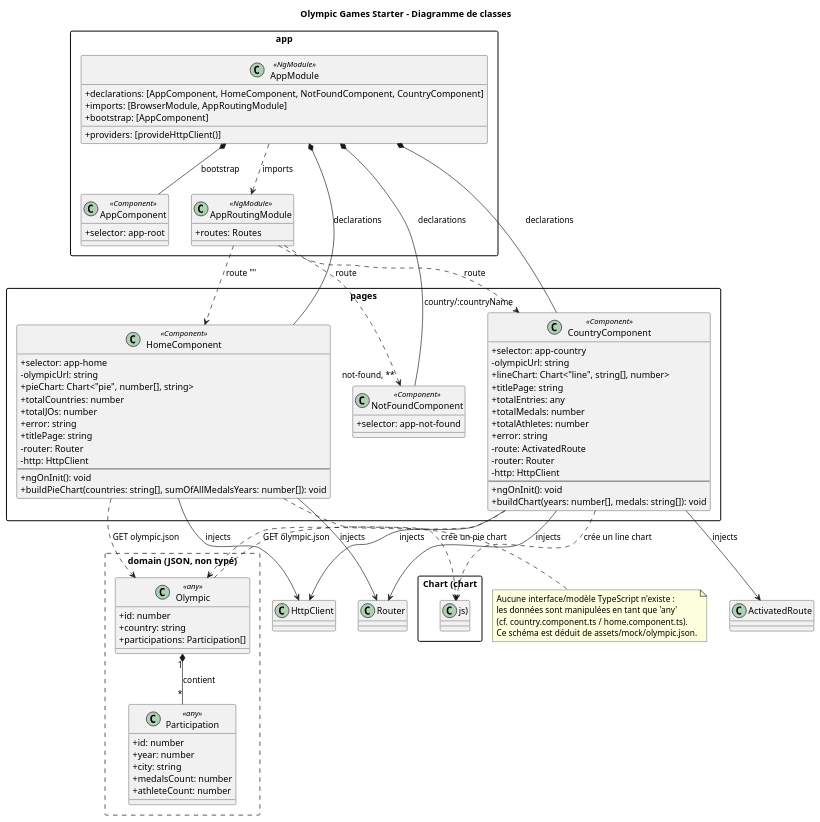
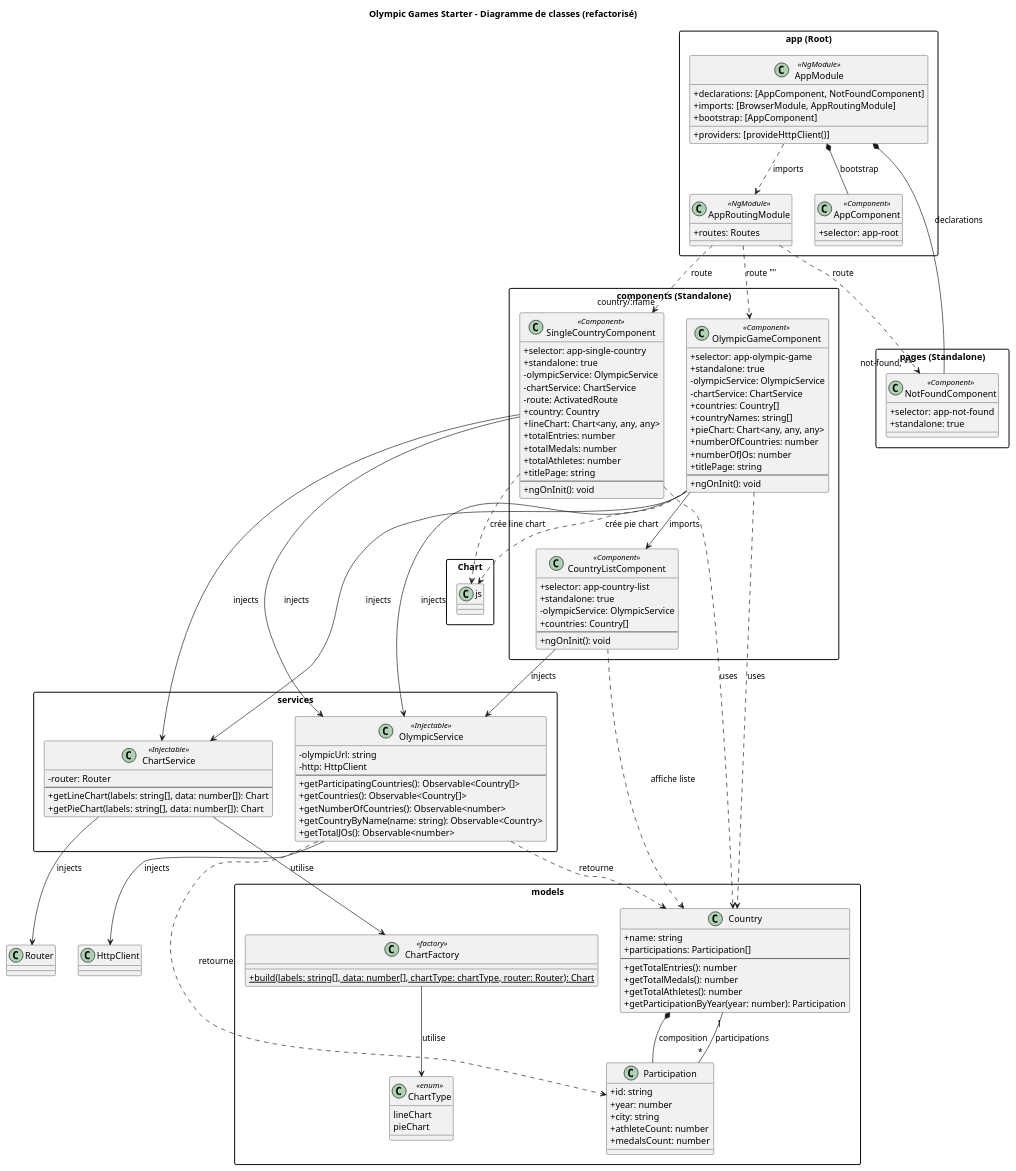
The diagram in docs/diagrams/class-diagram.puml (laurentmariko-hub/openclassroom-projet-2), drawn with PlantUML before and after one commit. The commit also changed 13 other files, not shown here.

```diff
--- a/docs/diagrams/class-diagram.puml
+++ b/docs/diagrams/class-diagram.puml
@@ -1,108 +1,155 @@
 @startuml class-diagram
-title Olympic Games Starter - Diagramme de classes
+title Olympic Games Starter - Diagramme de classes (refactorisé)
 
 skinparam classAttributeIconSize 0
 skinparam packageStyle rectangle
 
-package "app" {
+package "app (Root)" {
   class AppModule <<NgModule>> {
-    +declarations: [AppComponent, HomeComponent, NotFoundComponent, CountryComponent]
+    +declarations: [AppComponent, NotFoundComponent]
     +imports: [BrowserModule, AppRoutingModule]
     +providers: [provideHttpClient()]
     +bootstrap: [AppComponent]
   }
 
   class AppRoutingModule <<NgModule>> {
     +routes: Routes
   }
 
   class AppComponent <<Component>> {
     +selector: app-root
   }
 }
 
-package "pages" {
-  class HomeComponent <<Component>> {
-    +selector: app-home
-    -olympicUrl: string
-    +pieChart: Chart<"pie", number[], string>
-    +totalCountries: number
-    +totalJOs: number
-    +error: string
+package "components (Standalone)" {
+  class OlympicGameComponent <<Component>> {
+    +selector: app-olympic-game
+    +standalone: true
+    -olympicService: OlympicService
+    -chartService: ChartService
+    +countries: Country[]
+    +countryNames: string[]
+    +pieChart: Chart<any, any, any>
+    +numberOfCountries: number
+    +numberOfJOs: number
     +titlePage: string
-    -router: Router
-    -http: HttpClient
     --
     +ngOnInit(): void
-    +buildPieChart(countries: string[], sumOfAllMedalsYears: number[]): void
   }
 
-  class CountryComponent <<Component>> {
-    +selector: app-country
-    -olympicUrl: string
-    +lineChart: Chart<"line", string[], number>
-    +titlePage: string
-    +totalEntries: any
+  class CountryListComponent <<Component>> {
+    +selector: app-country-list
+    +standalone: true
+    -olympicService: OlympicService
+    +countries: Country[]
+    --
+    +ngOnInit(): void
+  }
+
+  class SingleCountryComponent <<Component>> {
+    +selector: app-single-country
+    +standalone: true
+    -olympicService: OlympicService
+    -chartService: ChartService
+    -route: ActivatedRoute
+    +country: Country
+    +lineChart: Chart<any, any, any>
+    +totalEntries: number
     +totalMedals: number
     +totalAthletes: number
-    +error: string
-    -route: ActivatedRoute
-    -router: Router
-    -http: HttpClient
+    +titlePage: string
     --
     +ngOnInit(): void
-    +buildChart(years: number[], medals: string[]): void
-  }
-
-  class NotFoundComponent <<Component>> {
-    +selector: app-not-found
   }
 }
 
-package "domain (JSON, non typé)" #line.dashed {
-  class Olympic <<any>> {
-    +id: number
-    +country: string
-    +participations: Participation[]
-  }
-
-  class Participation <<any>> {
-    +id: number
-    +year: number
-    +city: string
-    +medalsCount: number
-    +athleteCount: number
+package "pages (Standalone)" {
+  class NotFoundComponent <<Component>> {
+    +selector: app-not-found
+    +standalone: true
   }
 }
 
-note right of Olympic
-  Aucune interface/modèle TypeScript n'existe :
-  les données sont manipulées en tant que 'any'
-  (cf. country.component.ts / home.component.ts).
-  Ce schéma est déduit de assets/mock/olympic.json.
-end note
+package "services" {
+  class OlympicService <<Injectable>> {
+    -olympicUrl: string
+    -http: HttpClient
+    --
+    +getParticipatingCountries(): Observable<Country[]>
+    +getCountries(): Observable<Country[]>
+    +getNumberOfCountries(): Observable<number>
+    +getCountryByName(name: string): Observable<Country>
+    +getTotalJOs(): Observable<number>
+  }
+
+  class ChartService <<Injectable>> {
+    -router: Router
+    --
+    +getLineChart(labels: string[], data: number[]): Chart
+    +getPieChart(labels: string[], data: number[]): Chart
+  }
+}
+
+package "models" {
+  class Country {
+    +name: string
+    +participations: Participation[]
+    --
+    +getTotalEntries(): number
+    +getTotalMedals(): number
+    +getTotalAthletes(): number
+    +getParticipationByYear(year: number): Participation
+  }
+
+  class Participation {
+    +id: string
+    +year: number
+    +city: string
+    +athleteCount: number
+    +medalsCount: number
+  }
+
+  class ChartFactory <<factory>> {
+    +{static} build(labels: string[], data: number[], chartType: chartType, router: Router): Chart
+  }
+
+  class ChartType <<enum>> {
+    lineChart
+    pieChart
+  }
+}
+
+OlympicGameComponent --> OlympicService : injects
+OlympicGameComponent --> ChartService : injects
+OlympicGameComponent --> CountryListComponent : imports
+OlympicGameComponent ..> Country : uses
+OlympicGameComponent ..> "Chart.js" : crée pie chart
+
+CountryListComponent --> OlympicService : injects
+CountryListComponent ..> Country : affiche liste
+
+SingleCountryComponent --> OlympicService : injects
+SingleCountryComponent --> ChartService : injects
+SingleCountryComponent ..> Country : uses
+SingleCountryComponent ..> "Chart.js" : crée line chart
 
 AppModule *-- AppComponent : bootstrap
 AppModule ..> AppRoutingModule : imports
-AppModule *-- HomeComponent : declarations
-AppModule *-- CountryComponent : declarations
 AppModule *-- NotFoundComponent : declarations
 
-AppRoutingModule ..> HomeComponent : route ""
-AppRoutingModule ..> CountryComponent : route "country/:countryName"
+AppRoutingModule ..> OlympicGameComponent : route ""
+AppRoutingModule ..> SingleCountryComponent : route "country/:name"
 AppRoutingModule ..> NotFoundComponent : route "not-found, **"
 
-HomeComponent --> "HttpClient" : injects
-HomeComponent --> "Router" : injects
-HomeComponent ..> Olympic : GET olympic.json
-HomeComponent ..> "Chart (chart.js)" : crée un pie chart
+OlympicService --> HttpClient : injects
+OlympicService ..> Country : retourne
+OlympicService ..> Participation : retourne
 
-CountryComponent --> "HttpClient" : injects
-CountryComponent --> "Router" : injects
-CountryComponent --> "ActivatedRoute" : injects
-CountryComponent ..> Olympic : GET olympic.json
-CountryComponent ..> "Chart (chart.js)" : crée un line chart
+ChartService --> Router : injects
+ChartService --> ChartFactory : utilise
+ChartFactory --> ChartType : utilise
 
-Olympic "1" *-- "*" Participation : contient
+Country *-- Participation : composition
+Country "1" -- "*" Participation : participations
 
 @enduml
```
